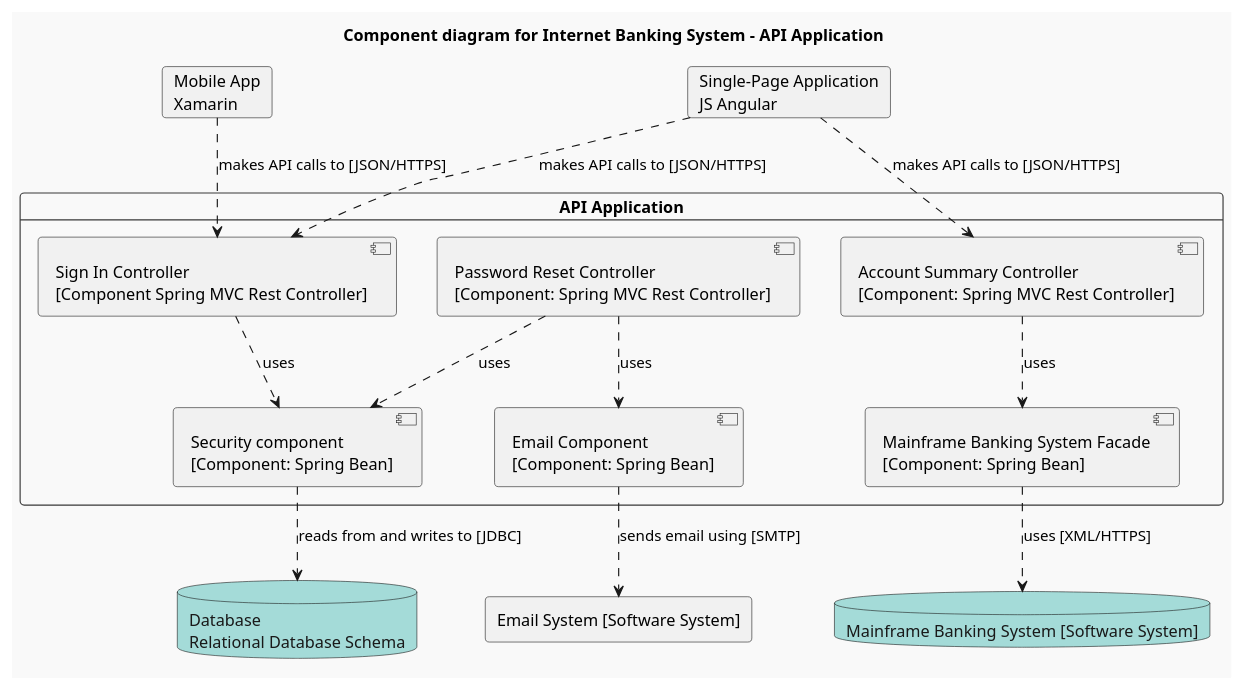
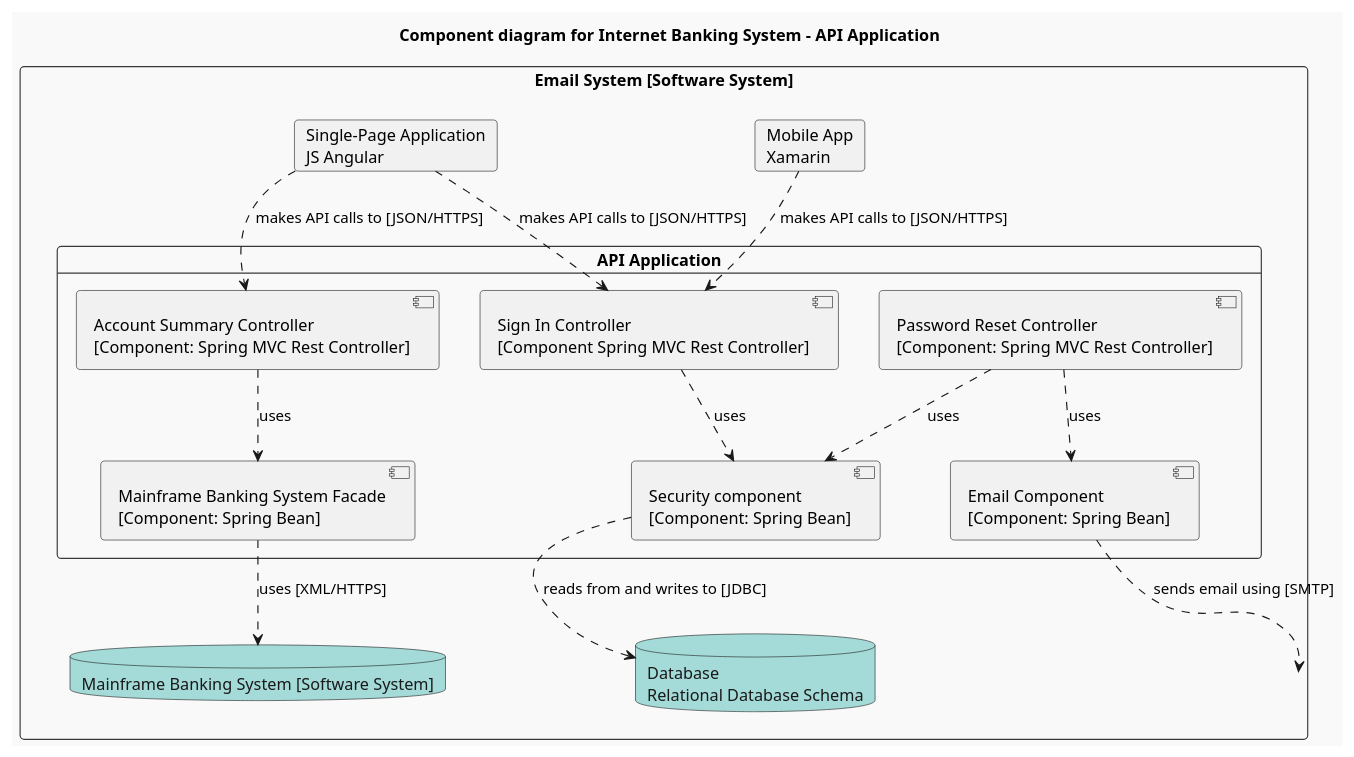
One commit to justunsix/garden changed the third of 4 diagrams in src/content/docs/notes/004-Computer-Tech-Architecture-C4-Model-for-Software.md. Above: the diagram before and after it, drawn with PlantUML. The commit also changed other lines of this file and 46 other files, not shown here.

````diff
--- a/src/content/docs/notes/004-Computer-Tech-Architecture-C4-Model-for-Software.md
+++ b/src/content/docs/notes/004-Computer-Tech-Architecture-C4-Model-for-Software.md
@@ -163,61 +161,63 @@
-    ``` plantuml
-    @startuml
-    !theme mars
-    title Component diagram for Internet Banking System - API Application
+``` plantuml
+@startuml
+!theme mars
+title Component diagram for Internet Banking System - API Application
 
-      rectangle "Email System [Software System]" as emailsys
+rectangle "Email System [Software System]" as emailsys {
 
-      card spaapp [
+    card spaapp [
         Single-Page Application
         JS Angular
-      ]
-      card mobileapp [
+    ]
+    card mobileapp [
         Mobile App
         Xamarin
-      ]
-      card "API Application" as apiapp {
+    ]
+    card "API Application" as apiapp {
         component apictl [
-          Sign In Controller
-          [Component Spring MVC Rest Controller]
+        Sign In Controller
+        [Component Spring MVC Rest Controller]
         ]
         component apisecurity [
-          Security component
-          [Component: Spring Bean]
+        Security component
+        [Component: Spring Bean]
         ]
         component acctctl [
-          Account Summary Controller
-          [Component: Spring MVC Rest Controller]
+        Account Summary Controller
+        [Component: Spring MVC Rest Controller]
         ]
         component mfbsf [
-          Mainframe Banking System Facade
-          [Component: Spring Bean]
+        Mainframe Banking System Facade
+        [Component: Spring Bean]
         ]
         component resetctl [
-          Password Reset Controller
-          [Component: Spring MVC Rest Controller]
+        Password Reset Controller
+        [Component: Spring MVC Rest Controller]
         ]
         component emailcp [
-          Email Component
-          [Component: Spring Bean]
+        Email Component
+        [Component: Spring Bean]
         ]
-      }
-      database ibsdb [
+    }
+    database ibsdb [
         Database
         Relational Database Schema
-      ]
+    ]
 
     database "Mainframe Banking System [Software System]" as mainframebsys
 
-    spaapp -[dashed]-> apictl : makes API calls to [JSON/HTTPS]
-    mobileapp -[dashed]-> apictl : makes API calls to [JSON/HTTPS]
-    apictl -[dashed]-> apisecurity : uses
-    apisecurity -[dashed]-> ibsdb : reads from and writes to [JDBC]
-    spaapp -[dashed]->  acctctl : makes API calls to [JSON/HTTPS]
-    acctctl -[dashed]-> mfbsf : uses
-    mfbsf -[dashed]-> mainframebsys : uses [XML/HTTPS]
-    resetctl -[dashed]-> emailcp : uses
-    resetctl -[dashed]-> apisecurity : uses
-    emailcp -[dashed]-> emailsys : sends email using [SMTP]
+}
 
-    @enduml
-    ```
+spaapp -[dashed]-> apictl : makes API calls to [JSON/HTTPS]
+mobileapp -[dashed]-> apictl : makes API calls to [JSON/HTTPS]
+apictl -[dashed]-> apisecurity : uses
+apisecurity -[dashed]-> ibsdb : reads from and writes to [JDBC]
+spaapp -[dashed]->  acctctl : makes API calls to [JSON/HTTPS]
+acctctl -[dashed]-> mfbsf : uses
+mfbsf -[dashed]-> mainframebsys : uses [XML/HTTPS]
+resetctl -[dashed]-> emailcp : uses
+resetctl -[dashed]-> apisecurity : uses
+emailcp -[dashed]-> emailsys : sends email using [SMTP]
+
+@enduml
+```
````
